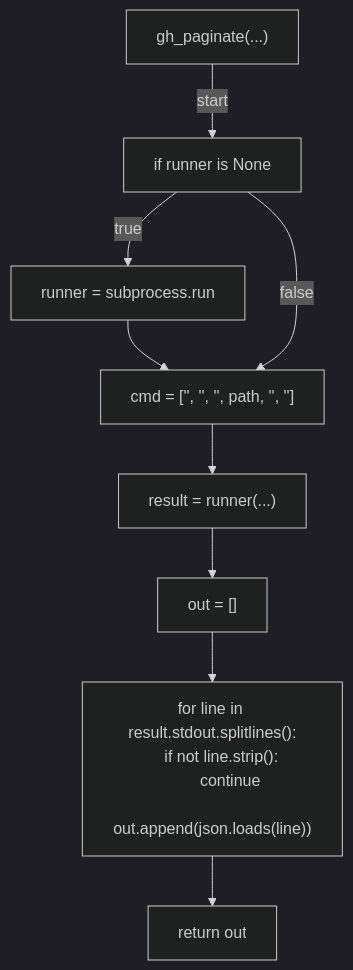
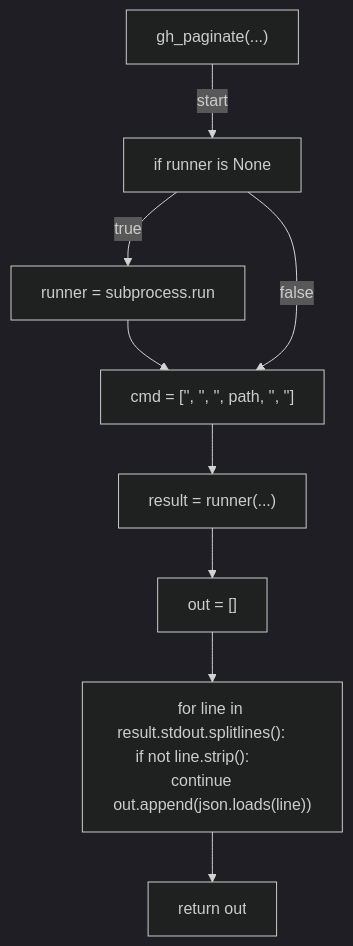
Before and after one commit to tvna/claude-md: diagram 11 of 15 in docs/generated/scripts/ast/backup_non_ascii.md, drawn with Mermaid (dark theme). The commit also changed other lines of this file and 20 other files, not shown here.

First line of the commit message:
docs(generated): regenerate decision tree and workflow diagrams (batch 1/5)

````diff
--- a/docs/generated/scripts/ast/backup_non_ascii.md
+++ b/docs/generated/scripts/ast/backup_non_ascii.md
@@ -126,22 +125,19 @@
 ```mermaid
 flowchart TD
     N001["gh_paginate(...)"]
     N002["if runner is None"]
     N003["runner = subprocess.run"]
     N004["cmd = ['<str>', '<str>', '<str>', path, '<str>', '<str>']"]
     N005["result = runner(...)"]
     N006["out = []"]
-    N007["for line in result.stdout.splitlines():
-    if not line.strip():
-        continue
-    out.append(json.loads(line))"]
+    N007["for line in result.stdout.splitlines():     if not line.strip():         continue     out.append(json.loads(line))"]
     N008["return out"]
     N001 -->|"start"| N002
     N002 -->|"true"| N003
     N003 --> N004
     N002 -->|"false"| N004
     N004 --> N005
     N005 --> N006
     N006 --> N007
     N007 --> N008
 ```
````
